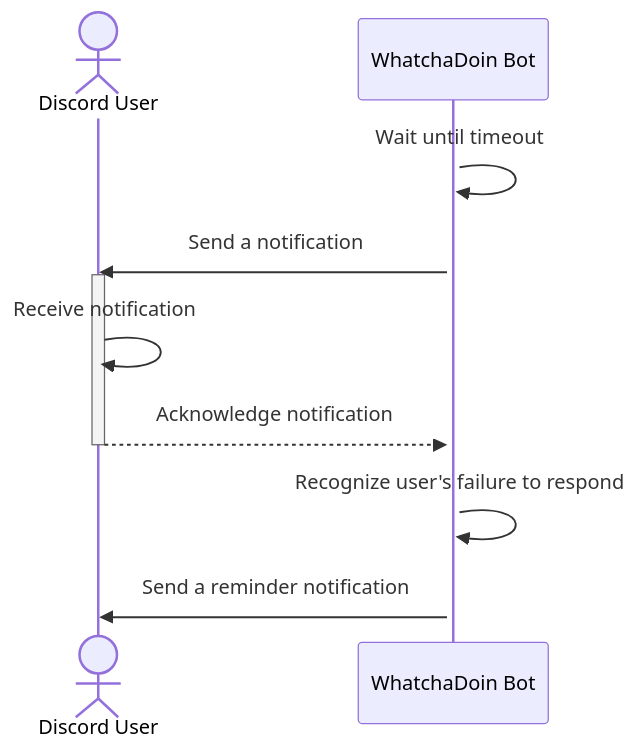
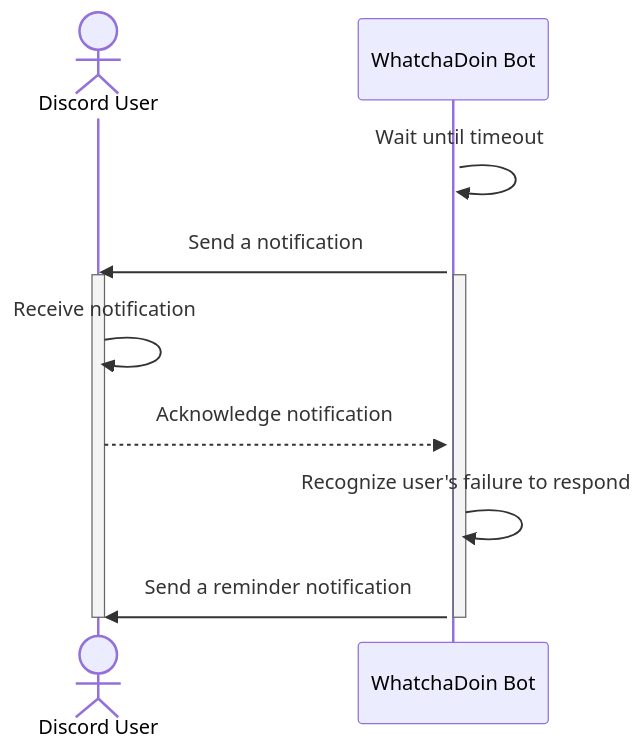
Before and after one commit to Capstone-Projects-2023-Fall/project-bereal-meets-slack: the fifth of 11 diagrams in documentation/docs/system-architecture/design.md, drawn with Mermaid. The commit also changed other lines of this file, not shown here.

````diff
--- a/documentation/docs/system-architecture/design.md
+++ b/documentation/docs/system-architecture/design.md
@@ -295,17 +301,20 @@
 ```mermaid
 
 sequenceDiagram
     actor User as Discord User
     participant WhatchaDoinBot as WhatchaDoin Bot
 
     activate WhatchaDoinBot
     WhatchaDoinBot ->> WhatchaDoinBot: Wait until timeout
     WhatchaDoinBot ->> User: Send a notification
     activate User
+    activate WhatchaDoinBot
     User ->> User: Receive notification
     User -->> WhatchaDoinBot: Acknowledge notification
-    deactivate User
     WhatchaDoinBot ->> WhatchaDoinBot: Recognize user's failure to respond
     WhatchaDoinBot ->> User: Send a reminder notification
+    deactivate WhatchaDoinBot
+    deactivate User
+
 
 ```
````
